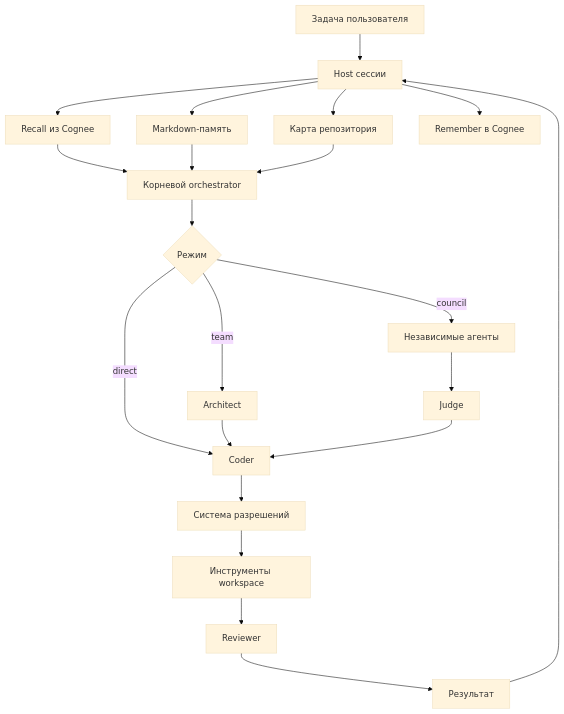
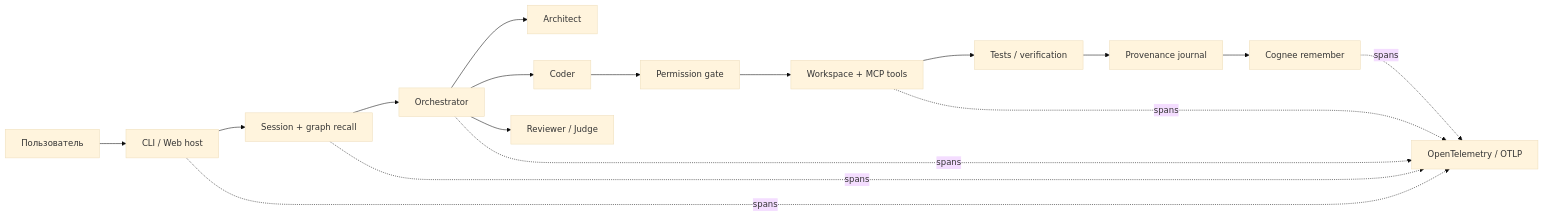
One commit to theJorDea/JevioFuseHack changed the diagram in README.md. Above: the diagram before and after it, drawn with Mermaid (base theme). The commit also changed other lines of this file and 26 other files, not shown here.

````diff
--- a/README.md
+++ b/README.md
@@ -50,23 +69,19 @@
 ```mermaid
-flowchart TD
-    U[Задача пользователя] --> H[Host сессии]
-    H --> R[Recall из Cognee]
-    H --> M[Markdown-память]
-    H --> I[Карта репозитория]
-    R --> O[Корневой orchestrator]
-    M --> O
-    I --> O
-    O --> D{Режим}
-    D -->|direct| C[Coder]
-    D -->|team| A[Architect]
-    D -->|council| AC[Независимые агенты]
-    A --> C
-    AC --> J[Judge]
-    J --> C
-    C --> P[Система разрешений]
-    P --> W[Инструменты workspace]
-    W --> V[Reviewer]
-    V --> S[Результат]
-    S --> H
-    H --> RM[Remember в Cognee]
+flowchart LR
+    U[Пользователь] --> H[CLI / Web host]
+    H --> R[Session + graph recall]
+    R --> O[Orchestrator]
+    O --> A[Architect]
+    O --> C[Coder]
+    O --> V[Reviewer / Judge]
+    C --> G[Permission gate]
+    G --> T[Workspace + MCP tools]
+    T --> X[Tests / verification]
+    X --> P[Provenance journal]
+    P --> M[Cognee remember]
+    H -. spans .-> OT[OpenTelemetry / OTLP]
+    R -. spans .-> OT
+    O -. spans .-> OT
+    T -. spans .-> OT
+    M -. spans .-> OT
 ```
````
